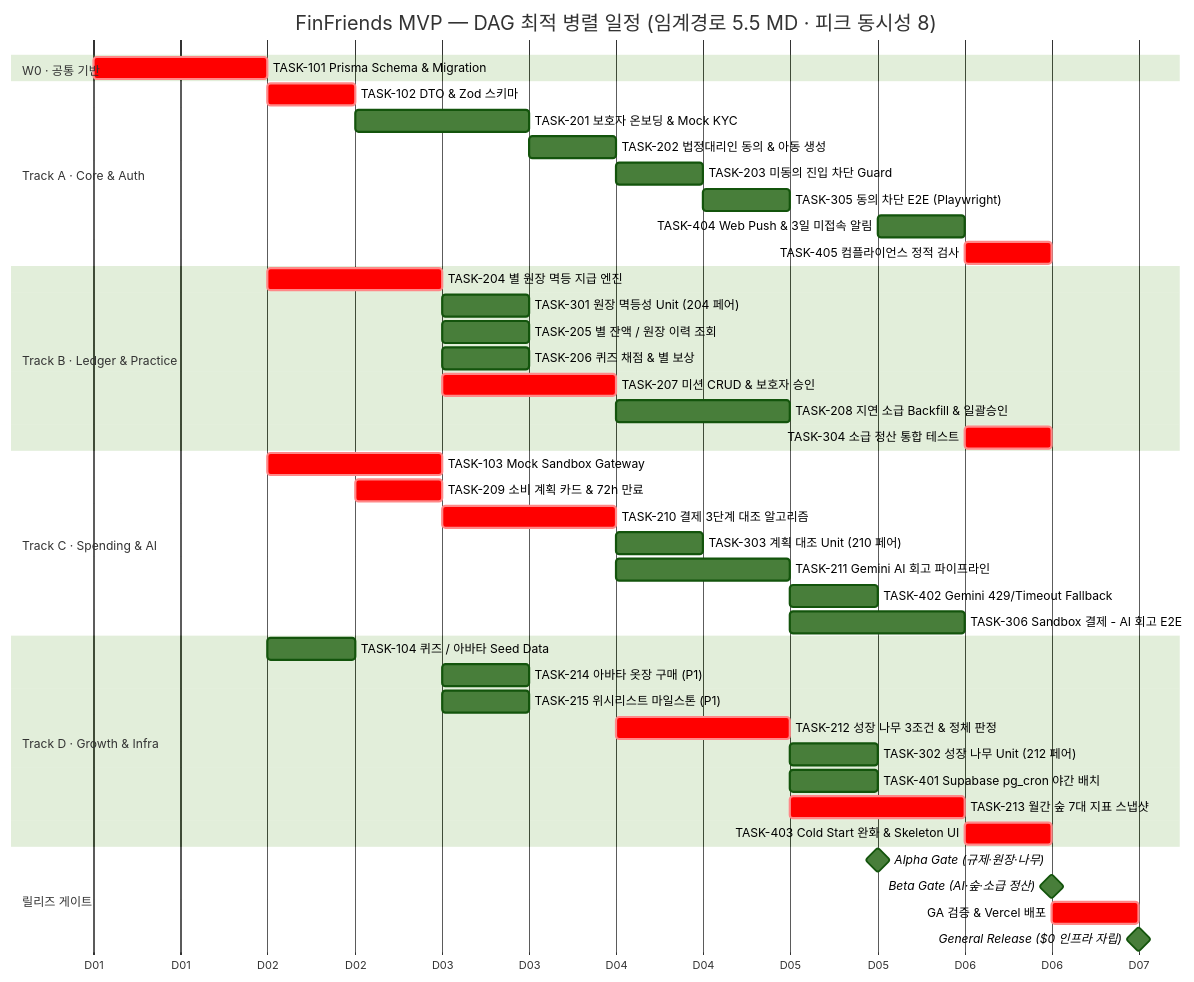
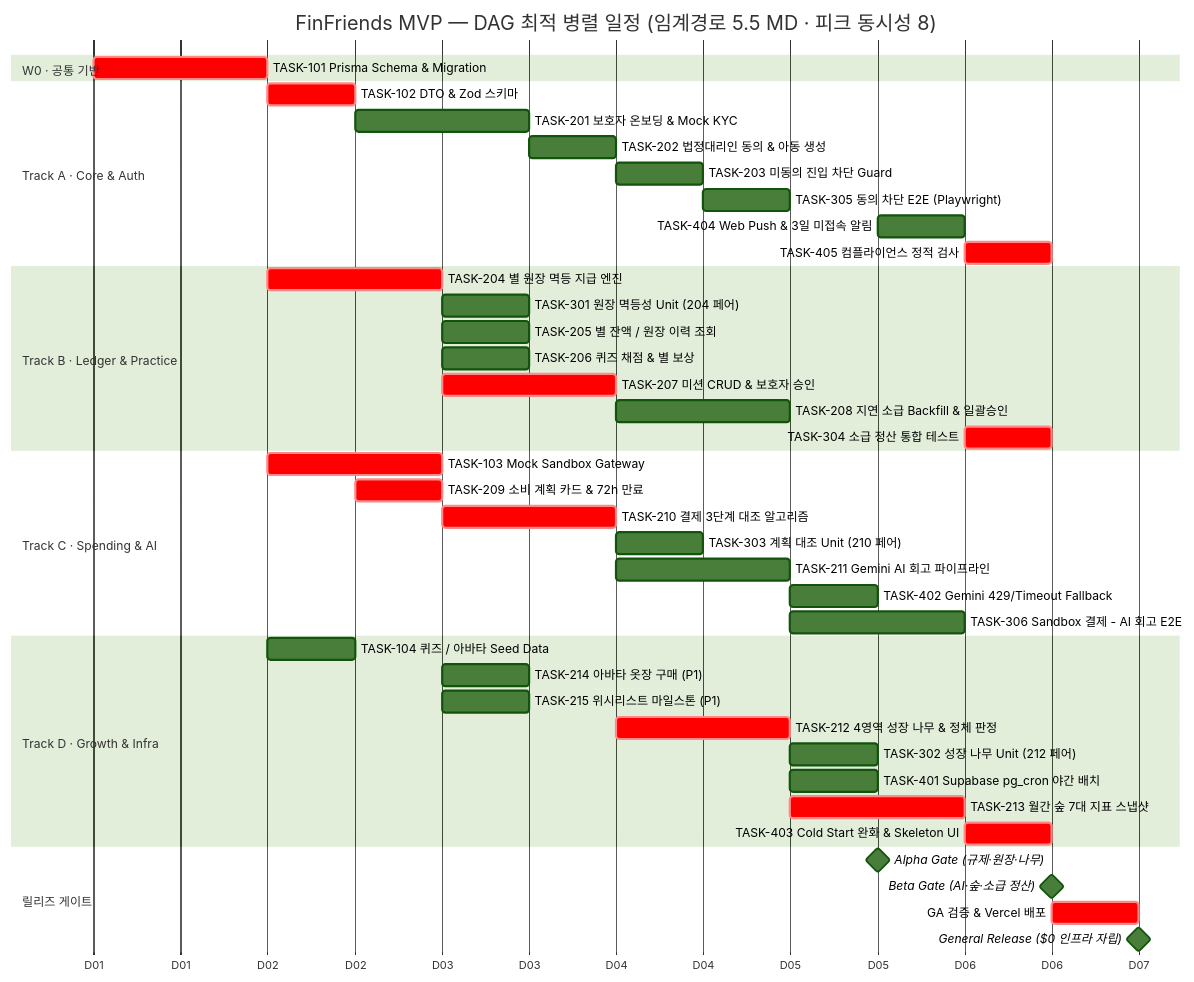
One commit to hayoungv/finfriends-prd-to-srs changed the third of 4 diagrams in docs/00-plan/dag-roadmap.md. Above: the diagram before and after it, drawn with Mermaid (forest theme). The commit also changed other lines of this file and 20 other files, not shown here.

````diff
--- a/docs/00-plan/dag-roadmap.md
+++ b/docs/00-plan/dag-roadmap.md
@@ -364,53 +364,53 @@
 ```mermaid
 gantt
     title FinFriends MVP — DAG 최적 병렬 일정 (임계경로 5.5 MD · 피크 동시성 8)
     dateFormat  YYYY-MM-DD HH:mm
     axisFormat  D%d
     todayMarker off
 
     section W0 · 공통 기반
     TASK-101 Prisma Schema & Migration     :crit, t101, 2026-09-01 00:00, 1d
 
     section Track A · Core & Auth
     TASK-102 DTO & Zod 스키마               :crit, t102, 2026-09-02 00:00, 12h
     TASK-201 보호자 온보딩 & Mock KYC        :t201, 2026-09-02 12:00, 1d
     TASK-202 법정대리인 동의 & 아동 생성      :t202, 2026-09-03 12:00, 12h
     TASK-203 미동의 진입 차단 Guard          :t203, 2026-09-04 00:00, 12h
     TASK-305 동의 차단 E2E (Playwright)     :t305, 2026-09-04 12:00, 12h
     TASK-404 Web Push & 3일 미접속 알림      :t404, 2026-09-05 12:00, 12h
     TASK-405 컴플라이언스 정적 검사           :crit, t405, 2026-09-06 00:00, 12h
 
     section Track B · Ledger & Practice
     TASK-204 별 원장 멱등 지급 엔진           :crit, t204, 2026-09-02 00:00, 1d
     TASK-301 원장 멱등성 Unit (204 페어)     :t301, 2026-09-03 00:00, 12h
     TASK-205 별 잔액 / 원장 이력 조회         :t205, 2026-09-03 00:00, 12h
     TASK-206 퀴즈 채점 & 별 보상             :t206, 2026-09-03 00:00, 12h
     TASK-207 미션 CRUD & 보호자 승인         :crit, t207, 2026-09-03 00:00, 1d
     TASK-208 지연 소급 Backfill & 일괄승인    :t208, 2026-09-04 00:00, 1d
     TASK-304 소급 정산 통합 테스트            :crit, t304, 2026-09-06 00:00, 12h
 
     section Track C · Spending & AI
     TASK-103 Mock Sandbox Gateway          :crit, t103, 2026-09-02 00:00, 1d
     TASK-209 소비 계획 카드 & 72h 만료       :crit, t209, 2026-09-02 12:00, 12h
     TASK-210 결제 3단계 대조 알고리즘         :crit, t210, 2026-09-03 00:00, 1d
     TASK-303 계획 대조 Unit (210 페어)       :t303, 2026-09-04 00:00, 12h
     TASK-211 Gemini AI 회고 파이프라인        :t211, 2026-09-04 00:00, 1d
     TASK-402 Gemini 429/Timeout Fallback   :t402, 2026-09-05 00:00, 12h
     TASK-306 Sandbox 결제 - AI 회고 E2E     :t306, 2026-09-05 00:00, 1d
 
     section Track D · Growth & Infra
     TASK-104 퀴즈 / 아바타 Seed Data        :t104, 2026-09-02 00:00, 12h
     TASK-214 아바타 옷장 구매 (P1)           :t214, 2026-09-03 00:00, 12h
     TASK-215 위시리스트 마일스톤 (P1)         :t215, 2026-09-03 00:00, 12h
-    TASK-212 성장 나무 3조건 & 정체 판정       :crit, t212, 2026-09-04 00:00, 1d
+    TASK-212 4영역 성장 나무 & 정체 판정       :crit, t212, 2026-09-04 00:00, 1d
     TASK-302 성장 나무 Unit (212 페어)       :t302, 2026-09-05 00:00, 12h
     TASK-401 Supabase pg_cron 야간 배치      :t401, 2026-09-05 00:00, 12h
     TASK-213 월간 숲 7대 지표 스냅샷          :crit, t213, 2026-09-05 00:00, 1d
     TASK-403 Cold Start 완화 & Skeleton UI  :crit, t403, 2026-09-06 00:00, 12h
 
     section 릴리즈 게이트
     Alpha Gate (규제·원장·나무)              :milestone, mA, 2026-09-05 12:00, 0d
     Beta Gate (AI·숲·소급 정산)              :milestone, mB, 2026-09-06 12:00, 0d
     GA 검증 & Vercel 배포                   :crit, tga, 2026-09-06 12:00, 12h
     General Release ($0 인프라 자립)         :milestone, mG, 2026-09-07 00:00, 0d
 ```
````
